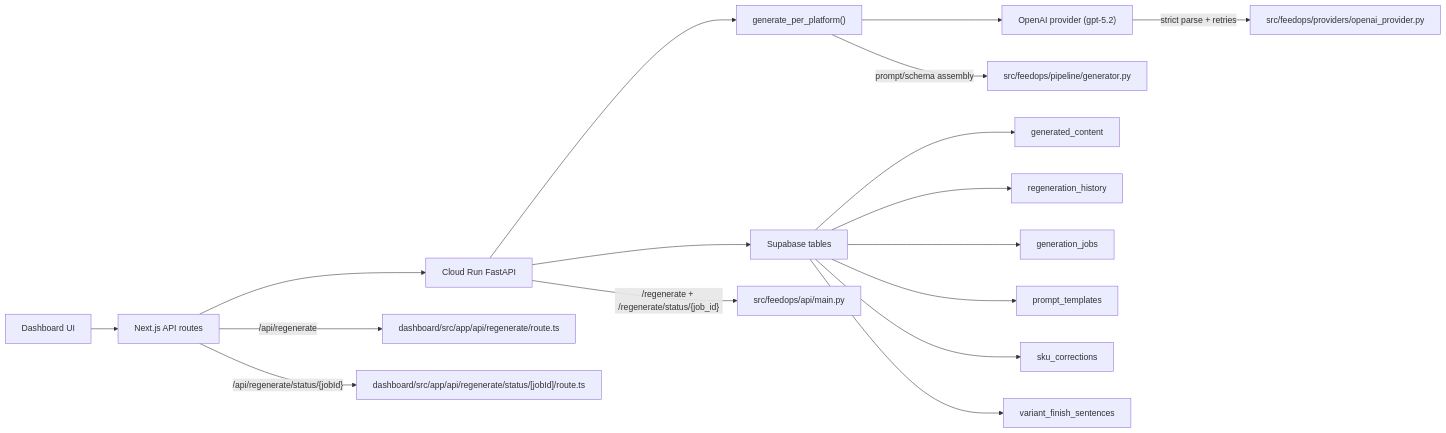
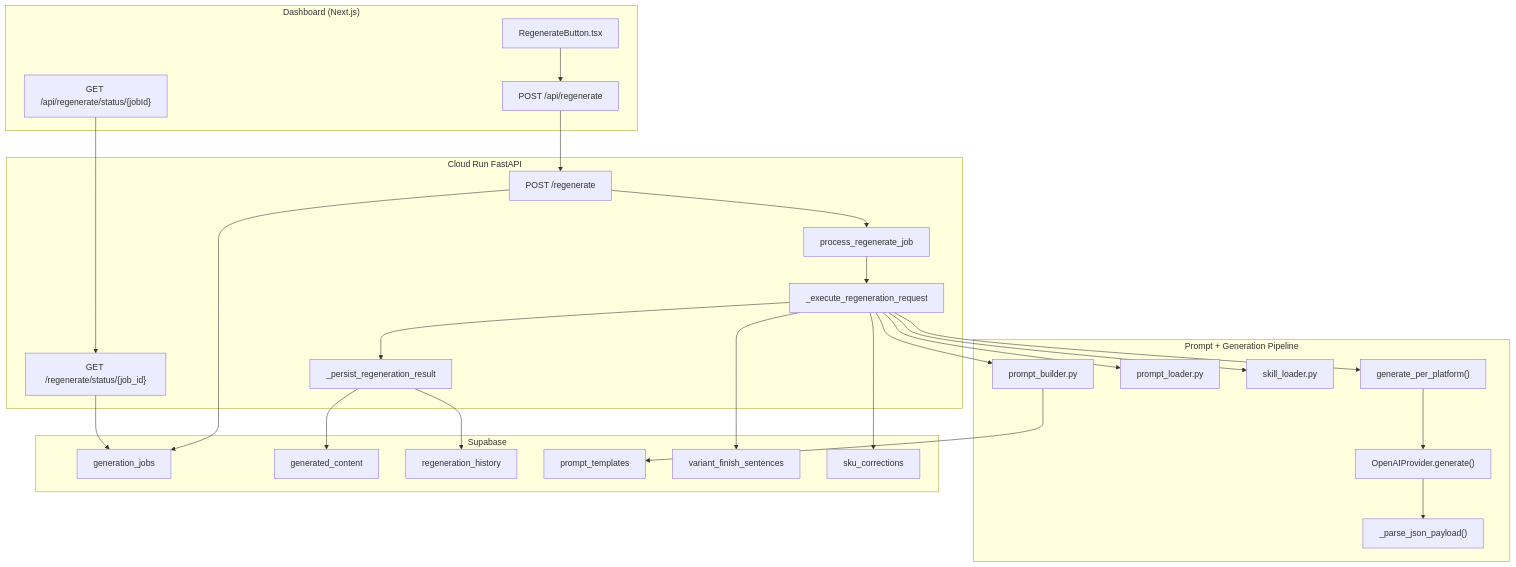
One commit to bobby-andris/Allied-FeedOps changed the first of 5 diagrams in docs/architecture/2026-02-26-prompt-source-and-generation-flow.md. Above: the diagram before and after it, drawn with Mermaid. The commit also changed other lines of this file and 3 other files, not shown here.

Commit message:
docs(plan): add current architecture map and generation-quality kickoff (#23)

````diff
--- a/docs/architecture/2026-02-26-prompt-source-and-generation-flow.md
+++ b/docs/architecture/2026-02-26-prompt-source-and-generation-flow.md
@@ -18,22 +24,54 @@
 ```mermaid
-flowchart LR
-  UI["Dashboard UI"] --> NX["Next.js API routes"]
-  NX --> PY["Cloud Run FastAPI"]
-  PY --> GEN["generate_per_platform()"]
-  GEN --> OAI["OpenAI provider (gpt-5.2)"]
-  PY --> DB["Supabase tables"]
+flowchart TD
+  subgraph UI["Dashboard (Next.js)"]
+    RB["RegenerateButton.tsx"]
+    NXREG["POST /api/regenerate"]
+    NXSTAT["GET /api/regenerate/status/{jobId}"]
+  end
 
-  NX -->|"/api/regenerate"| NXREG["dashboard/src/app/api/regenerate/route.ts"]
-  NX -->|"/api/regenerate/status/{jobId}"| NXSTAT["dashboard/src/app/api/regenerate/status/[jobId]/route.ts"]
+  subgraph API["Cloud Run FastAPI"]
+    REG["POST /regenerate"]
+    JOB["process_regenerate_job"]
+    STAT["GET /regenerate/status/{job_id}"]
+    EXEC["_execute_regeneration_request"]
+    PERSIST["_persist_regeneration_result"]
+  end
 
-  PY -->|"/regenerate + /regenerate/status/{job_id}"| MAIN["src/feedops/api/main.py"]
-  GEN -->|"prompt/schema assembly"| PGEN["src/feedops/pipeline/generator.py"]
-  OAI -->|"strict parse + retries"| OPROV["src/feedops/providers/openai_provider.py"]
+  subgraph PIPE["Prompt + Generation Pipeline"]
+    PB["prompt_builder.py"]
+    PL["prompt_loader.py"]
+    SK["skill_loader.py"]
+    GEN["generate_per_platform()"]
+    OPROV["OpenAIProvider.generate()"]
+    PARSE["_parse_json_payload()"]
+  end
 
-  DB --> GC["generated_content"]
-  DB --> RH["regeneration_history"]
-  DB --> GJ["generation_jobs"]
-  DB --> PT["prompt_templates"]
-  DB --> SC["sku_corrections"]
-  DB --> VFS["variant_finish_sentences"]
+  subgraph DB["Supabase"]
+    GJ["generation_jobs"]
+    GC["generated_content"]
+    RH["regeneration_history"]
+    PT["prompt_templates"]
+    VF["variant_finish_sentences"]
+    SC["sku_corrections"]
+  end
+
+  RB --> NXREG
+  NXREG --> REG
+  NXSTAT --> STAT
+  REG --> GJ
+  REG --> JOB
+  JOB --> EXEC
+  EXEC --> PB
+  EXEC --> PL
+  EXEC --> SK
+  EXEC --> GEN
+  GEN --> OPROV
+  OPROV --> PARSE
+  EXEC --> PERSIST
+  PERSIST --> GC
+  PERSIST --> RH
+  EXEC --> VF
+  EXEC --> SC
+  PB --> PT
+  STAT --> GJ
 ```
````
